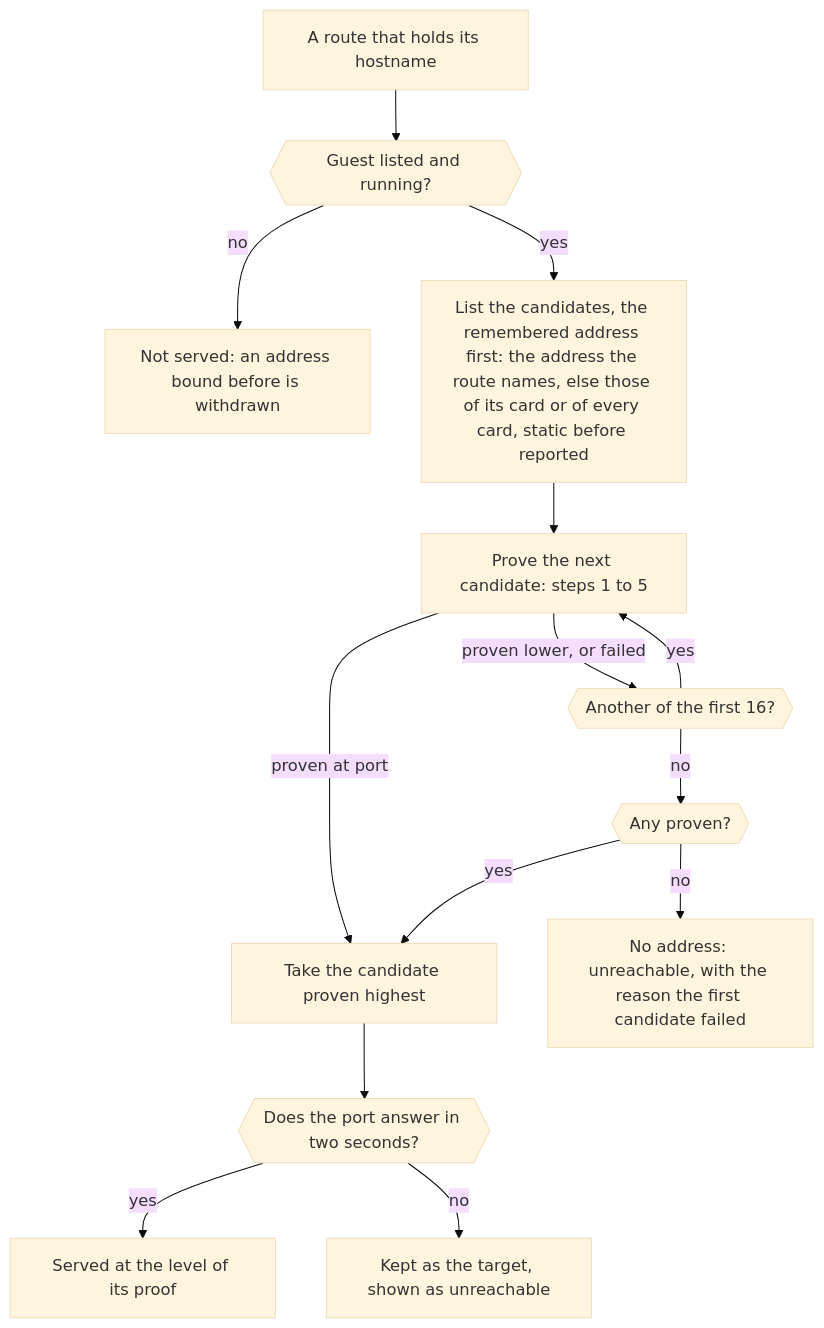
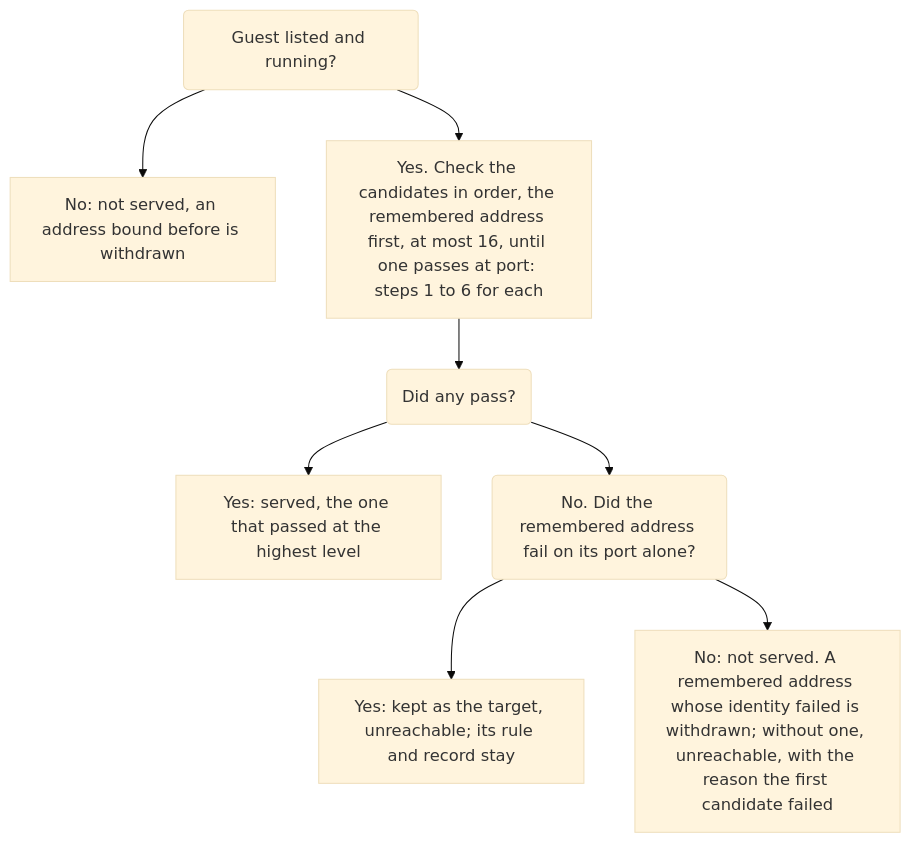
The second of 2 diagrams in docs/identity.md (anaryk/proxmox-cloudflared-operator), drawn with Mermaid (base theme) before and after one commit. The commit also changed other lines of this file and 5 other files, not shown here.

First line of the commit message:
docs: fix what the review found in the architecture and concept pages

````diff
--- a/docs/identity.md
+++ b/docs/identity.md
@@ -210,16 +214,10 @@
 ```mermaid
 flowchart TB
-    start["A route that holds its hostname"] --> listed{{"Guest listed and running?"}}
-    listed -->|"no"| gone["Not served: an address bound before is withdrawn"]
-    listed -->|"yes"| list["List the candidates, the remembered address first: the address the route names, else those of its card or of every card, static before reported"]
-    list --> try["Prove the next candidate: steps 1 to 5"]
-    try -->|"proven at port"| serve["Take the candidate proven highest"]
-    try -->|"proven lower, or failed"| left{{"Another of the first 16?"}}
-    left -->|"yes"| try
-    left -->|"no"| any{{"Any proven?"}}
-    any -->|"no"| none["No address: unreachable, with the reason the first candidate failed"]
-    any -->|"yes"| serve
-    serve --> dial{{"Does the port answer in two seconds?"}}
-    dial -->|"yes"| active["Served at the level of its proof"]
-    dial -->|"no"| unreachable["Kept as the target, shown as unreachable"]
+    listed("Guest listed and running?") --> gone["No: not served, an address bound before is withdrawn"]
+    listed --> check["Yes. Check the candidates in order, the remembered address first, at most 16, until one passes at port: steps 1 to 6 for each"]
+    check --> any("Did any pass?")
+    any --> serve["Yes: served, the one that passed at the highest level"]
+    any --> portonly("No. Did the remembered address fail on its port alone?")
+    portonly --> kept["Yes: kept as the target, unreachable; its rule and record stay"]
+    portonly --> none["No: not served. A remembered address whose identity failed is withdrawn; without one, unreachable, with the reason the first candidate failed"]
 ```
````
